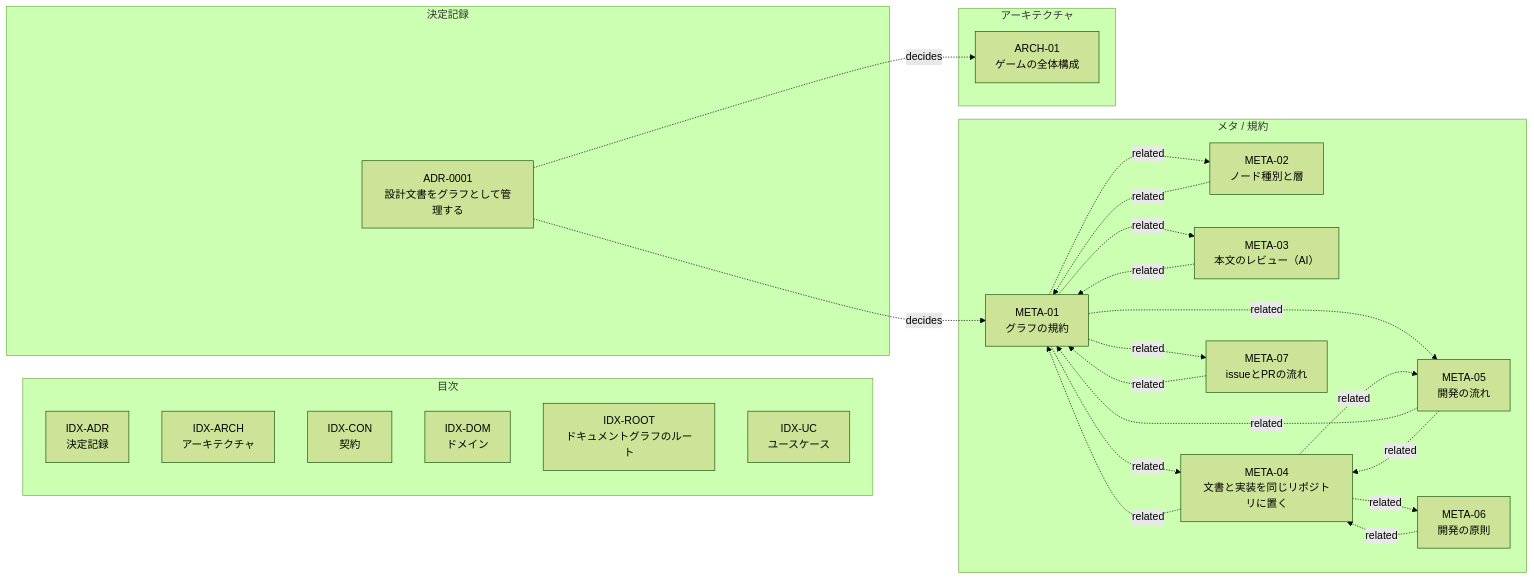
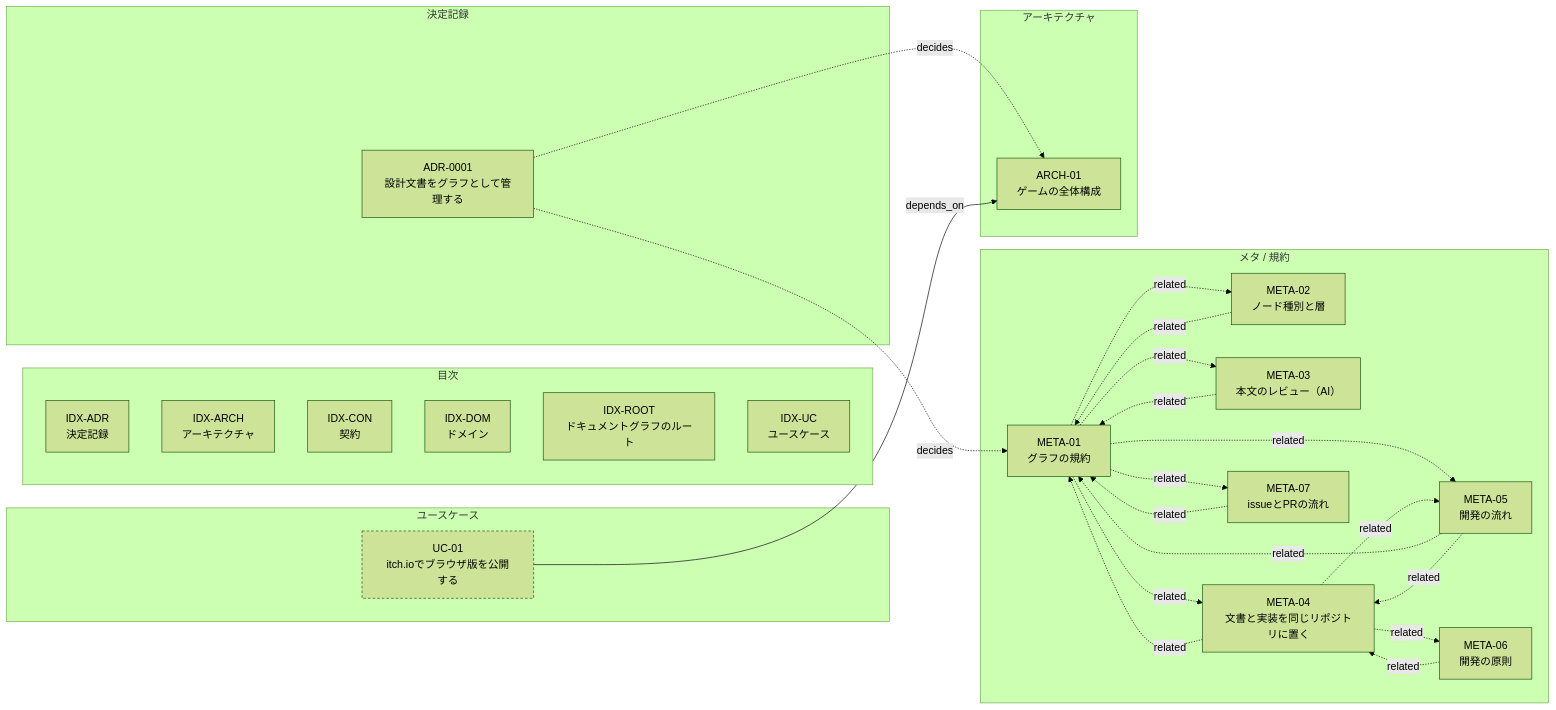
Before and after one commit to setopic/neon-chronicle: the diagram in README.md, drawn with Mermaid (forest theme).

Commit message:
UC-01: READMEの図に足す
Claude-Session: https://claude.ai/code/session_01FDT6BEjhCpc9cwDioMp6Nb

````diff
--- a/README.md
+++ b/README.md
@@ -35,44 +35,49 @@
 ```mermaid
 graph LR
   subgraph index["目次"]
     IDX-ADR["IDX-ADR<br/>決定記録"]
     IDX-ARCH["IDX-ARCH<br/>アーキテクチャ"]
     IDX-CON["IDX-CON<br/>契約"]
     IDX-DOM["IDX-DOM<br/>ドメイン"]
     IDX-ROOT["IDX-ROOT<br/>ドキュメントグラフのルート"]
     IDX-UC["IDX-UC<br/>ユースケース"]
   end
   subgraph meta["メタ / 規約"]
     META-01["META-01<br/>グラフの規約"]
     META-02["META-02<br/>ノード種別と層"]
     META-03["META-03<br/>本文のレビュー（AI）"]
     META-04["META-04<br/>文書と実装を同じリポジトリに置く"]
     META-05["META-05<br/>開発の流れ"]
     META-06["META-06<br/>開発の原則"]
     META-07["META-07<br/>issueとPRの流れ"]
   end
   subgraph architecture["アーキテクチャ"]
     ARCH-01["ARCH-01<br/>ゲームの全体構成"]
   end
+  subgraph usecase["ユースケース"]
+    UC-01["UC-01<br/>itch.ioでブラウザ版を公開する"]
+  end
   subgraph adr["決定記録"]
     ADR-0001["ADR-0001<br/>設計文書をグラフとして管理する"]
   end
   ADR-0001 -.->|decides| META-01
   ADR-0001 -.->|decides| ARCH-01
   META-01 -.->|related| META-02
   META-01 -.->|related| META-03
   META-01 -.->|related| META-04
   META-01 -.->|related| META-05
   META-01 -.->|related| META-07
   META-02 -.->|related| META-01
   META-03 -.->|related| META-01
   META-04 -.->|related| META-01
   META-04 -.->|related| META-05
   META-04 -.->|related| META-06
   META-05 -.->|related| META-01
   META-05 -.->|related| META-04
   META-06 -.->|related| META-04
   META-07 -.->|related| META-01
+  UC-01 -->|depends_on| ARCH-01
   classDef draft stroke-dasharray: 4\,3;
   classDef deprecated opacity:0.5;
+  class UC-01 draft;
 ```
````
